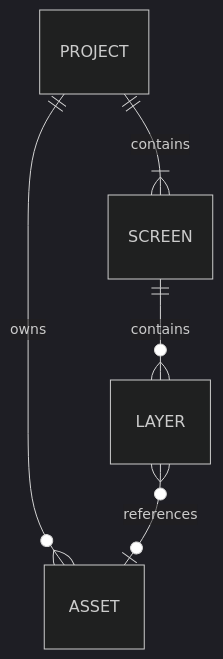
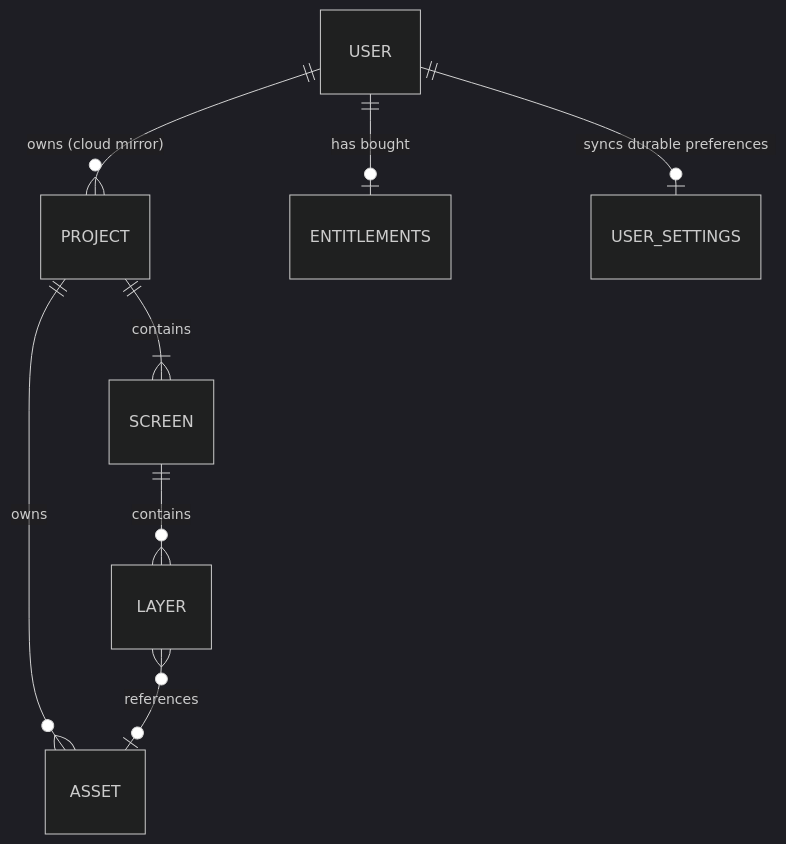
The diagram in aidd_docs/memory/database.md (neogenz/screenforge), drawn with Mermaid (dark theme) before and after one commit. The commit also changed other lines of this file and 656 other files, not shown here.

````diff
--- a/aidd_docs/memory/database.md
+++ b/aidd_docs/memory/database.md
@@ -10,7 +11,10 @@
 ```mermaid
 erDiagram
     PROJECT ||--|{ SCREEN : contains
     PROJECT ||--o{ ASSET : owns
     SCREEN ||--o{ LAYER : contains
     LAYER }o--o| ASSET : references
+    USER ||--o{ PROJECT : "owns (cloud mirror)"
+    USER ||--o| ENTITLEMENTS : "has bought"
+    USER ||--o| USER_SETTINGS : "syncs durable preferences"
 ```
````
